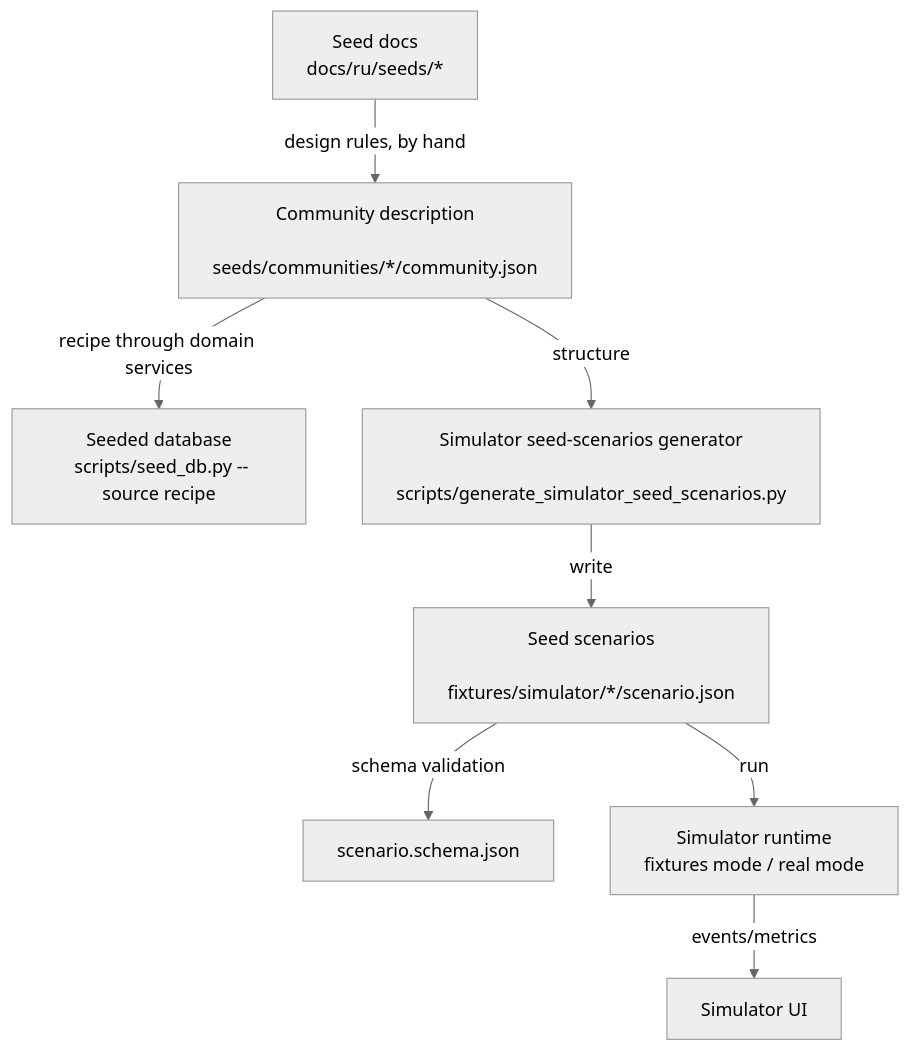
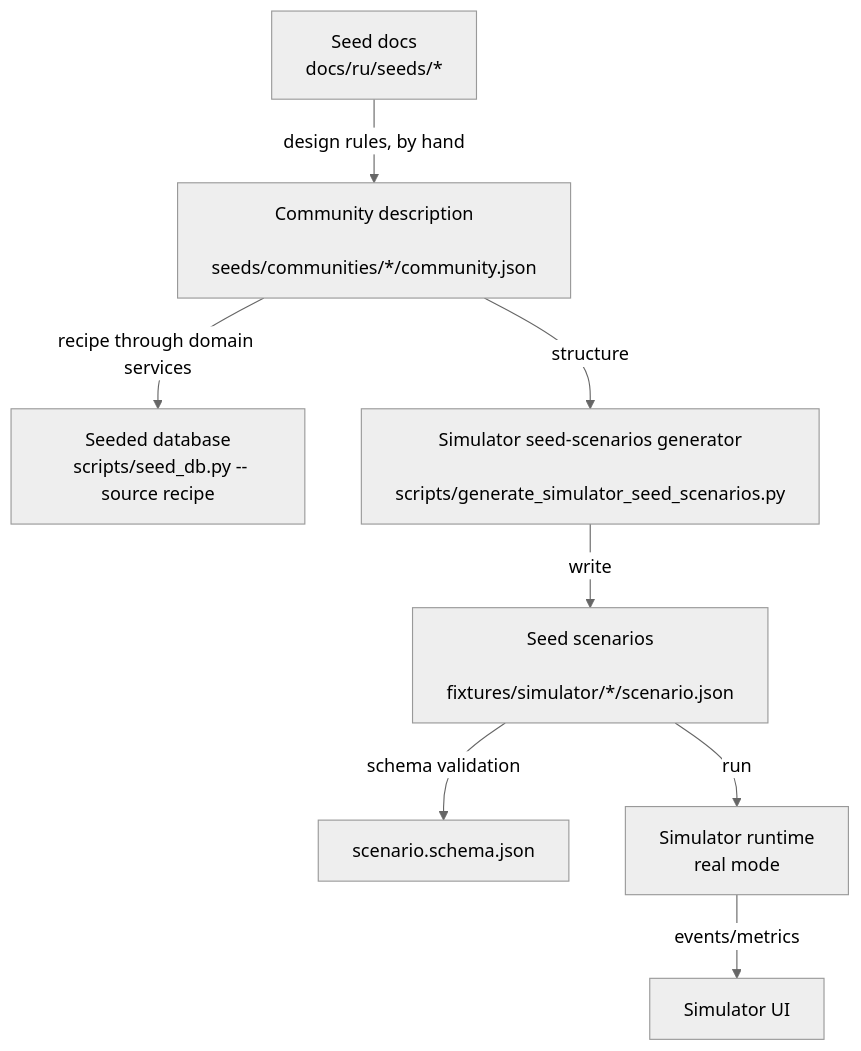
One commit to slawa19/GEOv0 changed the third of 4 diagrams in docs/ru/simulator/scenarios-and-engine.md. Above: the diagram before and after it, drawn with Mermaid (neutral theme). The commit also changed other lines of this file and 16 other files, not shown here.

First line of the commit message:
docs(042 T4204): describe the single run mode `real`; mark the removed fixtures mode and debug actions

````diff
--- a/docs/ru/simulator/scenarios-and-engine.md
+++ b/docs/ru/simulator/scenarios-and-engine.md
@@ -384,11 +374,11 @@
 ```mermaid
 flowchart TD
   A[Seed docs\n docs/ru/seeds/*] -->|design rules, by hand| CD[Community description\n seeds/communities/*/community.json]
   CD -->|recipe through domain services| DB[Seeded database\n scripts/seed_db.py --source recipe]
   CD -->|structure| E[Simulator seed-scenarios generator\n scripts/generate_simulator_seed_scenarios.py]
   E -->|write| F[Seed scenarios\n fixtures/simulator/*/scenario.json]
   F -->|schema validation| Fs[scenario.schema.json]
 
-  F -->|run| G[Simulator runtime\n fixtures mode / real mode]
+  F -->|run| G[Simulator runtime\n real mode]
   G -->|events/metrics| H[Simulator UI]
 ```
````
